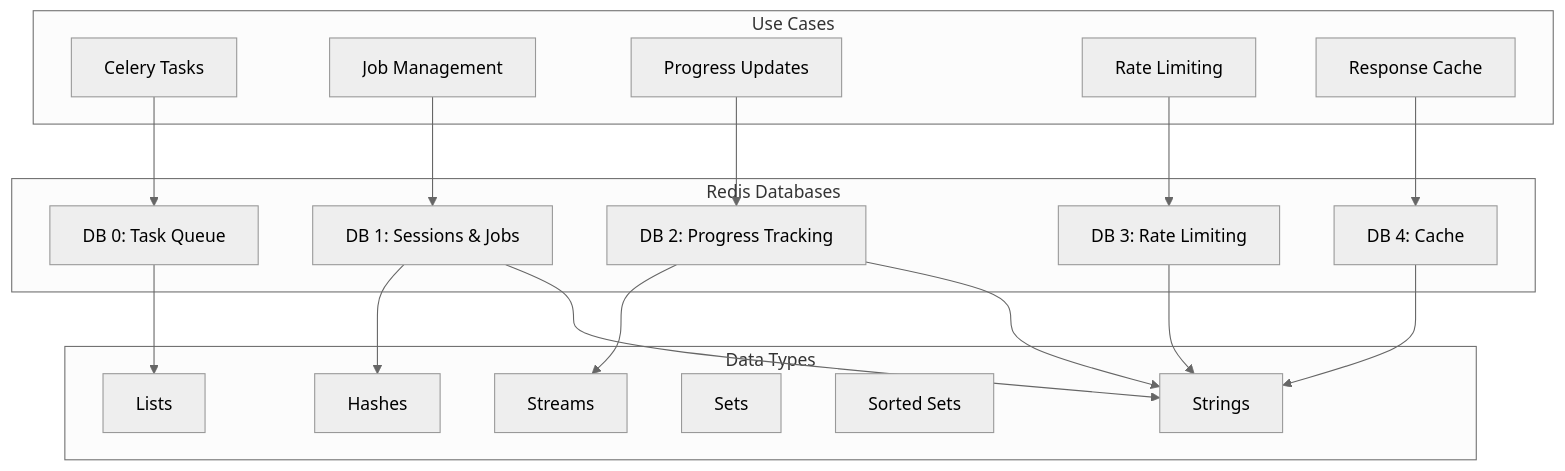
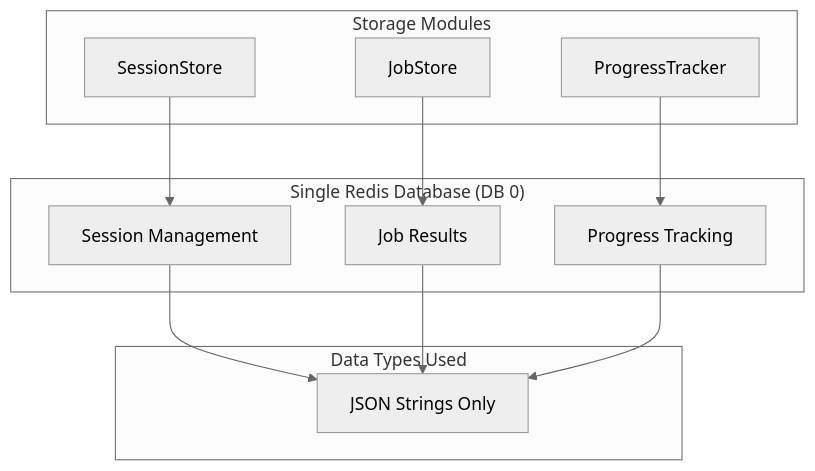
Before and after one commit to pranitl/image2model: the diagram in docs/03-backend/services/redis-usage.md, drawn with Mermaid (neutral theme). The commit also changed other lines of this file and 1 other file, not shown here.

First line of the commit message:
docs: complete background-tasks.md documentation update

````diff
--- a/docs/03-backend/services/redis-usage.md
+++ b/docs/03-backend/services/redis-usage.md
@@ -9,41 +9,26 @@
 ```mermaid
 graph TB
-    subgraph "Redis Databases"
-        DB0[DB 0: Task Queue]
-        DB1[DB 1: Sessions & Jobs]
-        DB2[DB 2: Progress Tracking]
-        DB3[DB 3: Rate Limiting]
-        DB4[DB 4: Cache]
+    subgraph "Single Redis Database (DB 0)"
+        SESSIONS[Session Management]
+        JOBS[Job Results]
+        PROGRESS[Progress Tracking]
     end
     
-    subgraph "Data Types"
-        STRING[Strings]
-        HASH[Hashes]
-        LIST[Lists]
-        SET[Sets]
-        ZSET[Sorted Sets]
-        STREAM[Streams]
+    subgraph "Data Types Used"
+        STRINGS[JSON Strings Only]
     end
     
-    subgraph "Use Cases"
-        CELERY[Celery Tasks]
-        JOBS[Job Management]
-        PROGRESS[Progress Updates]
-        RATE[Rate Limiting]
-        CACHE[Response Cache]
+    subgraph "Storage Modules"
+        SESSION_STORE[SessionStore]
+        JOB_STORE[JobStore]
+        PROGRESS_TRACKER[ProgressTracker]
     end
     
-    CELERY --> DB0
-    JOBS --> DB1
-    PROGRESS --> DB2
-    RATE --> DB3
-    CACHE --> DB4
+    SESSION_STORE --> SESSIONS
+    JOB_STORE --> JOBS
+    PROGRESS_TRACKER --> PROGRESS
     
-    DB0 --> LIST
-    DB1 --> STRING
-    DB1 --> HASH
-    DB2 --> STRING
-    DB2 --> STREAM
-    DB3 --> STRING
-    DB4 --> STRING
+    SESSIONS --> STRINGS
+    JOBS --> STRINGS
+    PROGRESS --> STRINGS
 ```
````
